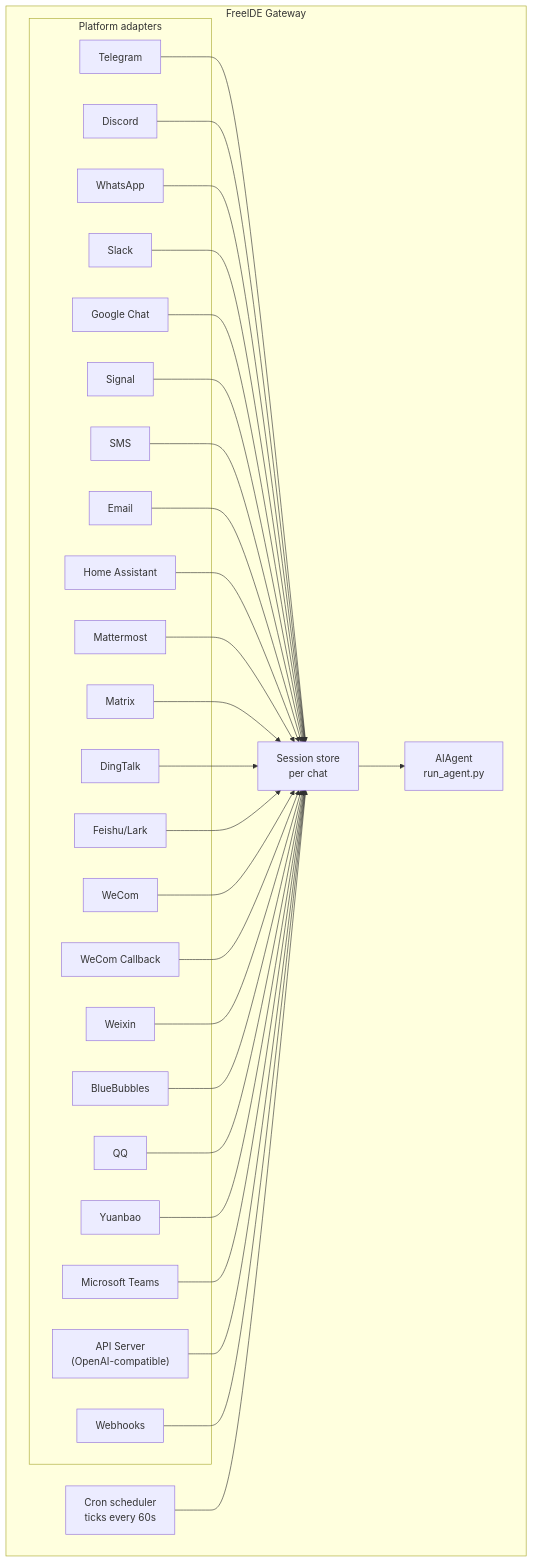
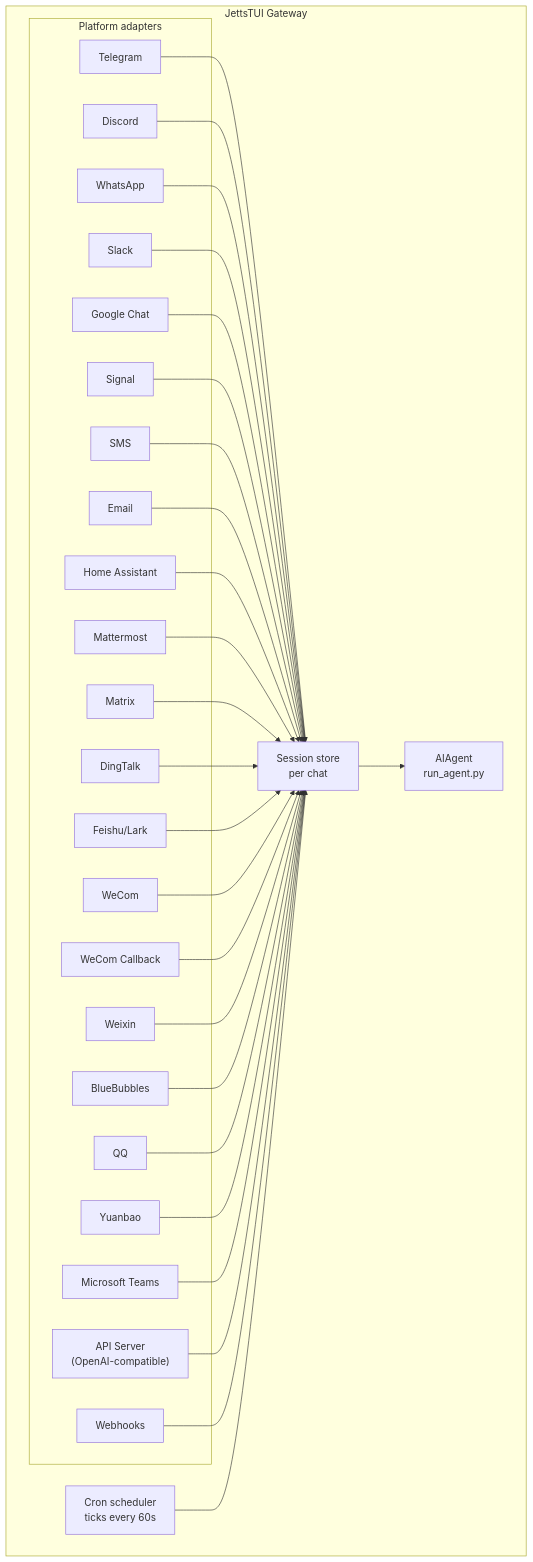
Before and after one commit to Raioshok/JETTS-TUI: the diagram in docs/user-guide/messaging/index.md, drawn with Mermaid. The commit also changed other lines of this file and 4631 other files, not shown here.

````diff
--- a/docs/user-guide/messaging/index.md
+++ b/docs/user-guide/messaging/index.md
@@ -50,58 +50,58 @@
 ```mermaid
 flowchart TB
-    subgraph Gateway["FreeIDE Gateway"]
+    subgraph Gateway["JettsTUI Gateway"]
         subgraph Adapters["Platform adapters"]
             tg[Telegram]
             dc[Discord]
             wa[WhatsApp]
             sl[Slack]
             gc[Google Chat]
             sig[Signal]
             sms[SMS]
             em[Email]
             ha[Home Assistant]
             mm[Mattermost]
             mx[Matrix]
             dt[DingTalk]
     fs[Feishu/Lark]
     wc[WeCom]
     wcb[WeCom Callback]
     wx[Weixin]
     bb[BlueBubbles]
     qq[QQ]
     yb[Yuanbao]
     ms[Microsoft Teams]
     api["API Server<br/>(OpenAI-compatible)"]
     wh[Webhooks]
         end
 
         store["Session store<br/>per chat"]
         agent["AIAgent<br/>run_agent.py"]
         cron["Cron scheduler<br/>ticks every 60s"]
     end
 
     tg --> store
     dc --> store
     wa --> store
     sl --> store
     gc --> store
     sig --> store
     sms --> store
     em --> store
     ha --> store
     mm --> store
     mx --> store
     dt --> store
     fs --> store
     wc --> store
     wcb --> store
     wx --> store
     bb --> store
     qq --> store
     yb --> store
     ms --> store
     api --> store
     wh --> store
     store --> agent
     cron --> store
 ```
````
